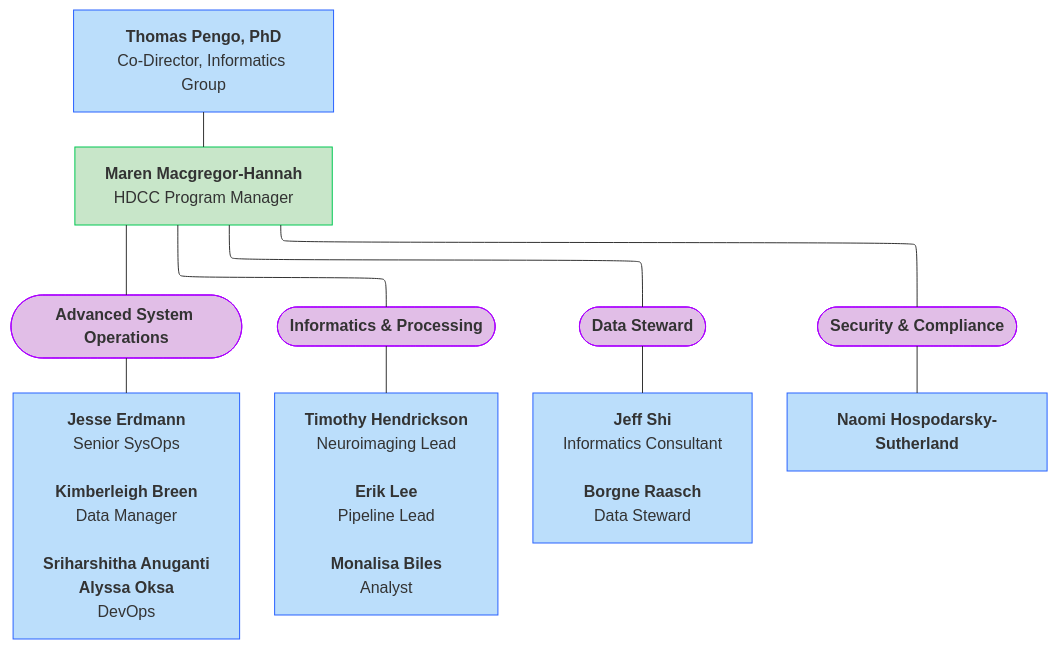
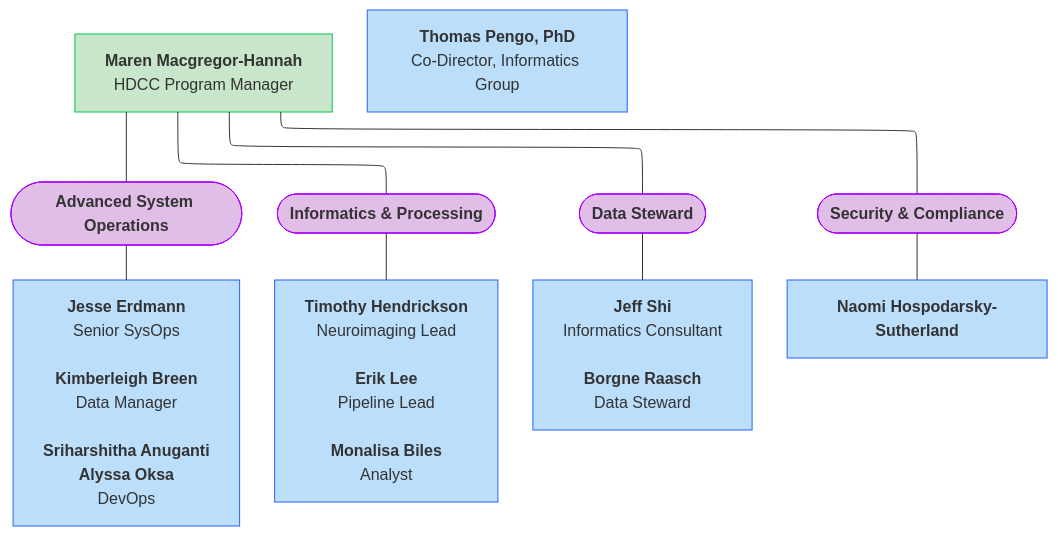
One commit to DCAN-Labs/hbcd-docs-internal changed diagram 11 of 12 in docs/orgcharts.md. Above: the diagram before and after it, drawn with Mermaid.

Commit message:
update MIDB informatics

````diff
--- a/docs/orgcharts.md
+++ b/docs/orgcharts.md
@@ -448,24 +448,23 @@
 ```mermaid
 ---
 config:
   layout: elk
 ---
 flowchart TB
-    L["<b>Maren Macgregor-Hannah</b><br>HDCC Program Manager"] --- N(["<b>Advanced System Operations</b>"]) & O(["<b>Informatics &amp; Processing</b>"]) & P(["<b>Data Steward</b>"]) 
-    L --- n8(["<b>Security &amp Compliance</b>"])
+    L["<b>Maren Macgregor-Hannah</b><br>HDCC Program Manager"] --- N(["<b>Advanced System Operations</b>"]) & O(["<b>Informatics &amp; Processing</b>"]) & P(["<b>Data Steward</b>"]) & n8(["<b>Security &amp; Compliance</b>"])
     N --- Q["<b>Jesse Erdmann</b><br>Senior SysOps<br><br><b>Kimberleigh Breen</b><br>Data Manager<br><br><b>Sriharshitha Anuganti<br>Alyssa Oksa</b><br>DevOps"]
     O --- n4["<b>Timothy Hendrickson</b><br>Neuroimaging Lead<br><br><b>Erik Lee</b><br>Pipeline Lead<br><br><b>Monalisa Biles</b><br>Analyst"]
     P --- n7["<b>Jeff Shi</b><br>Informatics Consultant<br><br><b>Borgne Raasch</b><br>Data Steward"]
     n8 --- n9["<b>Naomi Hospodarsky-Sutherland</b>"]
-    n10["<b>Thomas Pengo, PhD</b><br>Co-Director, Informatics Group"] --- L
+    n10["<b>Thomas Pengo, PhD</b><br>Co-Director, Informatics Group"]
     style L fill:#C8E6C9,stroke:#00C853
     style N fill:#E1BEE7,stroke:#AA00FF
     style O fill:#E1BEE7,stroke:#AA00FF
     style P fill:#E1BEE7,stroke:#AA00FF
     style n8 fill:#E1BEE7,stroke:#AA00FF
     style Q fill:#BBDEFB,stroke:#2962FF
     style n4 fill:#BBDEFB,stroke:#2962FF
     style n7 fill:#BBDEFB,stroke:#2962FF
     style n9 fill:#BBDEFB,stroke:#2962FF
     style n10 fill:#BBDEFB,stroke:#2962FF
 ```
````
